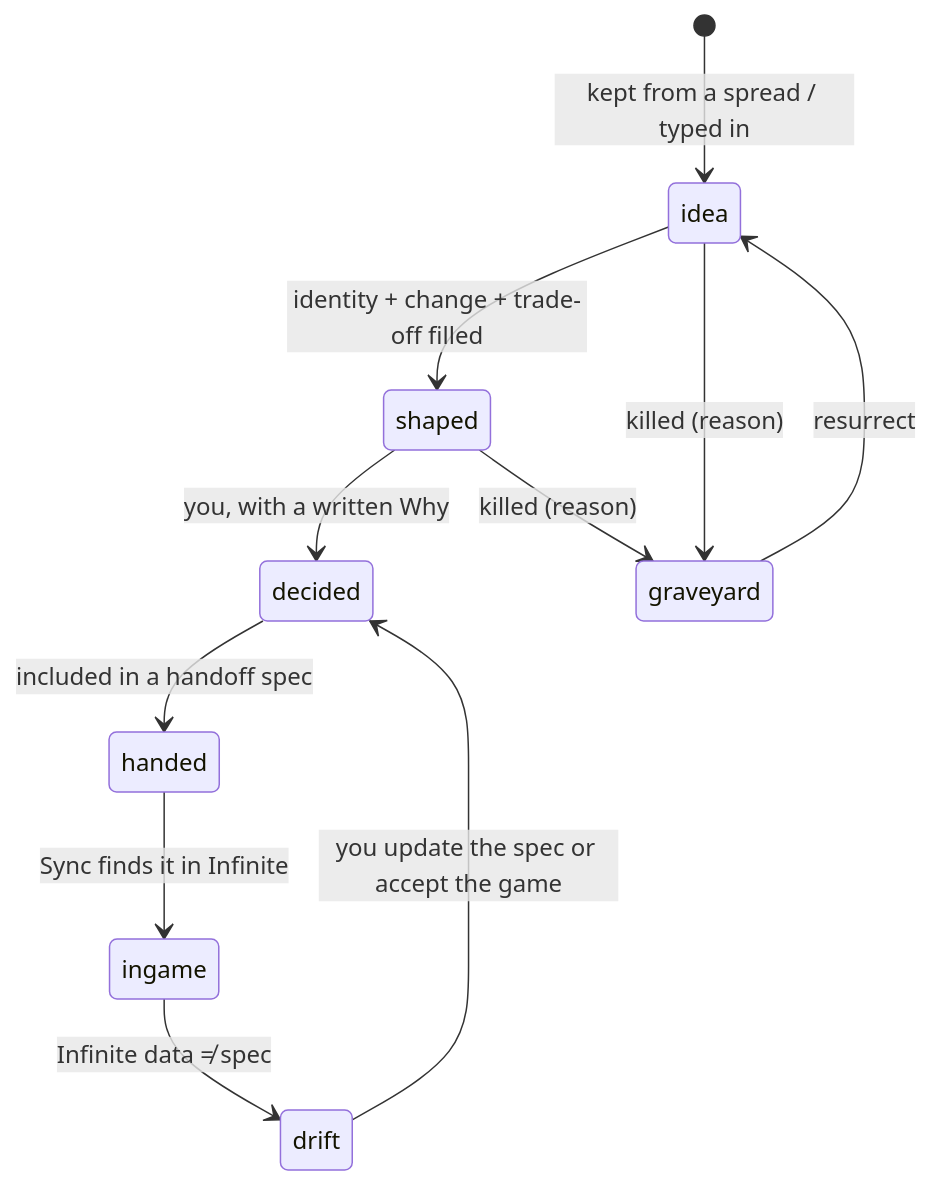
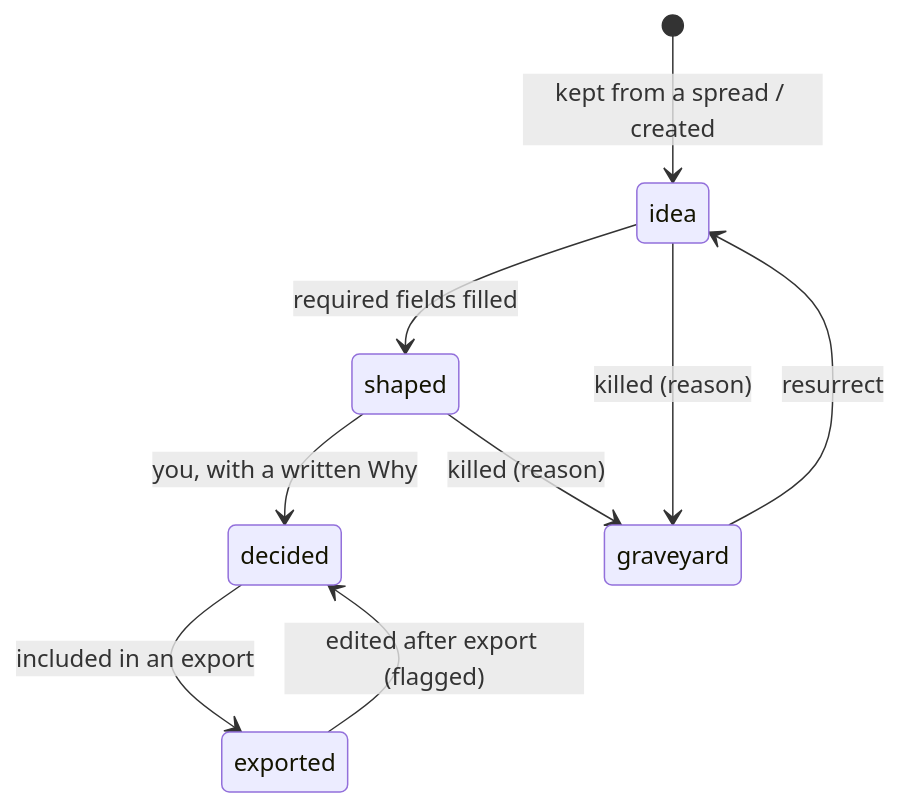
The diagram in docs/EXPERIENCE.md (Baladoodle/carbon), drawn with Mermaid before and after one commit. The commit also changed other lines of this file and 4 other files, not shown here.

````diff
--- a/docs/EXPERIENCE.md
+++ b/docs/EXPERIENCE.md
@@ -173,13 +207,11 @@
 ```mermaid
 stateDiagram-v2
-    [*] --> idea: kept from a spread / typed in
-    idea --> shaped: identity + change + trade-off filled
+    [*] --> idea: kept from a spread / created
+    idea --> shaped: required fields filled
     shaped --> decided: you, with a written Why
-    decided --> handed: included in a handoff spec
-    handed --> ingame: Sync finds it in Infinite
-    ingame --> drift: Infinite data ≠ spec
-    drift --> decided: you update the spec or accept the game
+    decided --> exported: included in an export
+    exported --> decided: edited after export (flagged)
     idea --> graveyard: killed (reason)
     shaped --> graveyard: killed (reason)
     graveyard --> idea: resurrect
 ```
````
